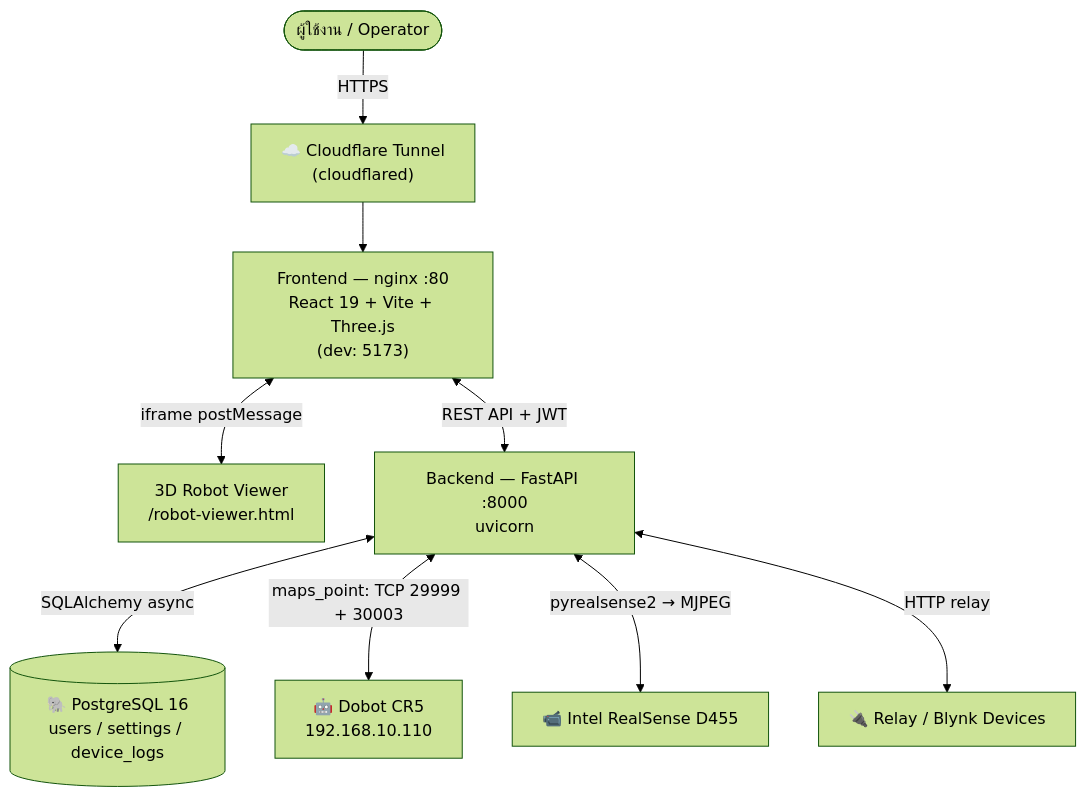
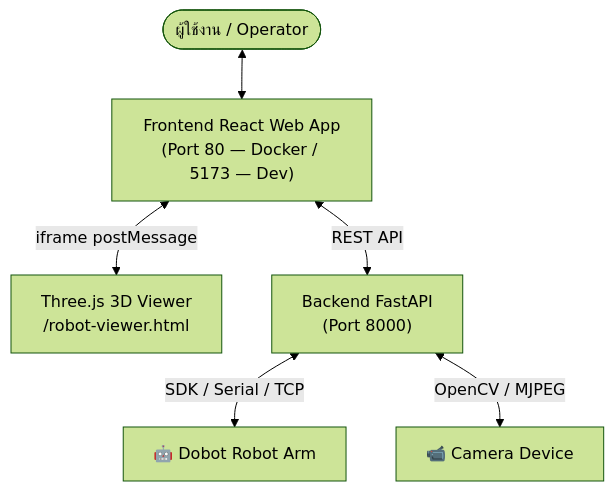
The diagram in README.md (RobotGuiding101/web_robot), drawn with Mermaid (forest theme) before and after one commit. The commit also changed other lines of this file and 16 other files, not shown here.

````diff
--- a/README.md
+++ b/README.md
@@ -217,11 +114,8 @@
 ```mermaid
 graph TD
-    User([ผู้ใช้งาน / Operator]) -->|HTTPS| CF["☁️ Cloudflare Tunnel<br/>(cloudflared)"]
-    CF --> Frontend["Frontend — nginx :80<br/>React 19 + Vite + Three.js<br/>(dev: 5173)"]
-    Frontend <-->|iframe postMessage| Viewer["3D Robot Viewer<br/>/robot-viewer.html"]
-    Frontend <-->|REST API + JWT| Backend["Backend — FastAPI :8000<br/>uvicorn"]
-    Backend <-->|SQLAlchemy async| DB[("🐘 PostgreSQL 16<br/>users / settings / device_logs")]
-    Backend <-->|maps_point: TCP 29999 + 30003| Dobot[🤖 Dobot CR5<br/>192.168.10.110]
-    Backend <-->|pyrealsense2 → MJPEG| Camera[📹 Intel RealSense D455]
-    Backend <-->|HTTP relay| Devices[🔌 Relay / Blynk Devices]
+    User([ผู้ใช้งาน / Operator]) <--> Frontend["Frontend React Web App\n(Port 80 — Docker / 5173 — Dev)"]
+    Frontend <-->|iframe postMessage| Viewer["Three.js 3D Viewer\n/robot-viewer.html"]
+    Frontend <-->|REST API| Backend["Backend FastAPI\n(Port 8000)"]
+    Backend <-->|SDK / Serial / TCP| Dobot[🤖 Dobot Robot Arm]
+    Backend <-->|OpenCV / MJPEG| Camera[📹 Camera Device]
 ```
````
